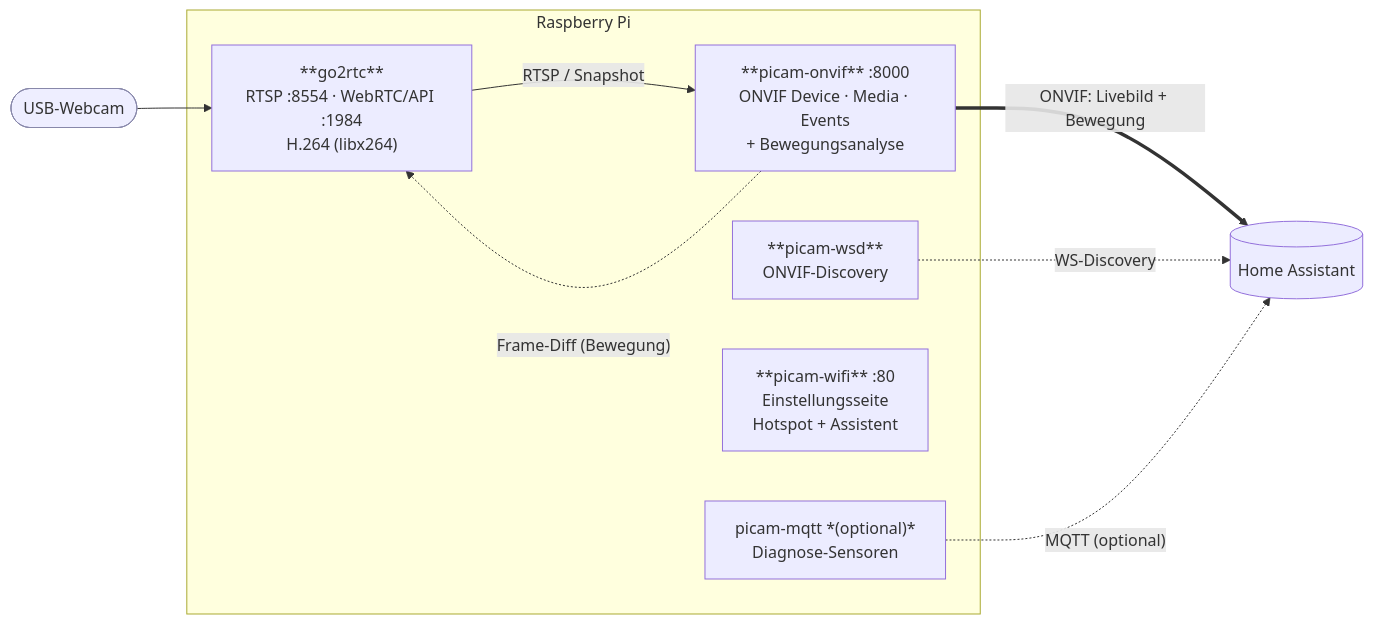
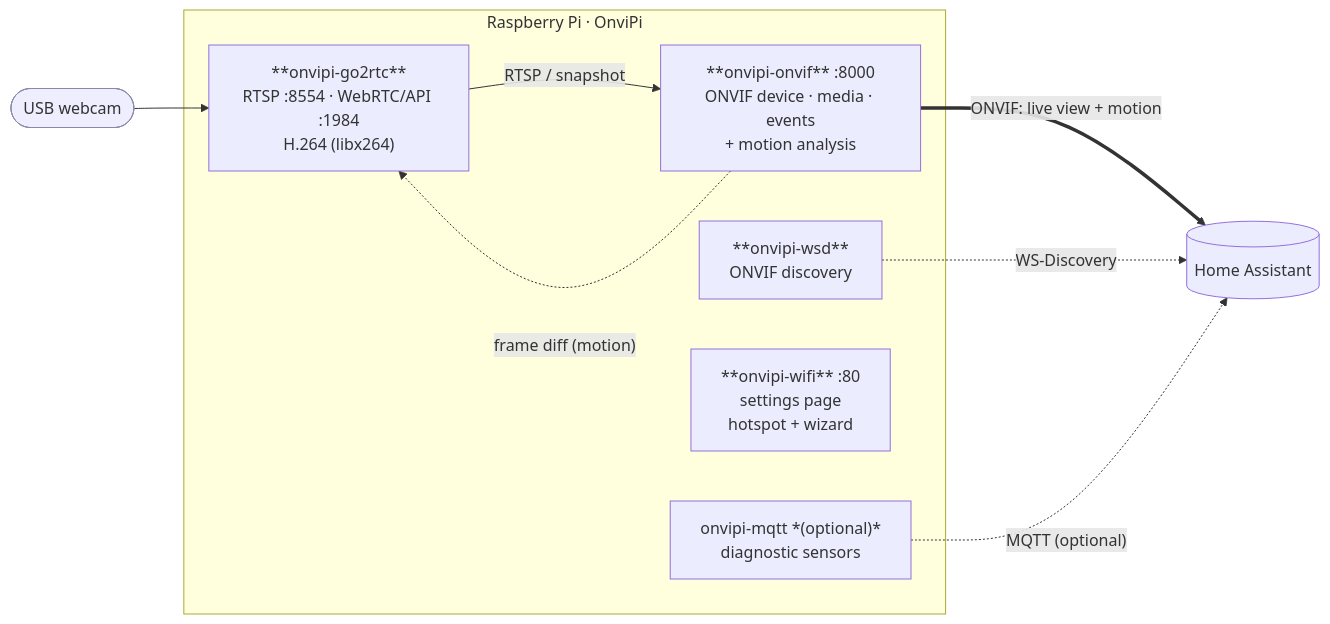
One commit to GERGto/OnviPi changed the first of 3 diagrams in README.md. Above: the diagram before and after it, drawn with Mermaid. The commit also changed other lines of this file and 38 other files, not shown here.

````diff
--- a/README.md
+++ b/README.md
@@ -197,21 +251,21 @@
 ```mermaid
 flowchart LR
-  cam([USB-Webcam]):::hw --> go2rtc
+  cam([USB webcam]):::hw --> go2rtc
 
-  subgraph Pi["Raspberry Pi"]
-    go2rtc["**go2rtc**<br/>RTSP :8554 · WebRTC/API :1984<br/>H.264 (libx264)"]
-    onvif["**picam-onvif** :8000<br/>ONVIF Device · Media · Events<br/>+ Bewegungsanalyse"]
-    wsd["**picam-wsd**<br/>ONVIF-Discovery"]
-    wifi["**picam-wifi** :80<br/>Einstellungsseite<br/>Hotspot + Assistent"]
-    mqtt["picam-mqtt *(optional)*<br/>Diagnose-Sensoren"]
+  subgraph Pi["Raspberry Pi · OnviPi"]
+    go2rtc["**onvipi-go2rtc**<br/>RTSP :8554 · WebRTC/API :1984<br/>H.264 (libx264)"]
+    onvif["**onvipi-onvif** :8000<br/>ONVIF device · media · events<br/>+ motion analysis"]
+    wsd["**onvipi-wsd**<br/>ONVIF discovery"]
+    wifi["**onvipi-wifi** :80<br/>settings page<br/>hotspot + wizard"]
+    mqtt["onvipi-mqtt *(optional)*<br/>diagnostic sensors"]
 
-    go2rtc -->|RTSP / Snapshot| onvif
-    onvif -. "Frame-Diff (Bewegung)" .-> go2rtc
+    go2rtc -->|RTSP / snapshot| onvif
+    onvif -. "frame diff (motion)" .-> go2rtc
   end
 
-  onvif ==>|"ONVIF: Livebild + Bewegung"| HA[(Home Assistant)]
+  onvif ==>|"ONVIF: live view + motion"| HA[(Home Assistant)]
   wsd -. "WS-Discovery" .-> HA
   mqtt -. "MQTT (optional)" .-> HA
 
   classDef hw fill:#eef,stroke:#88a;
 ```
````
